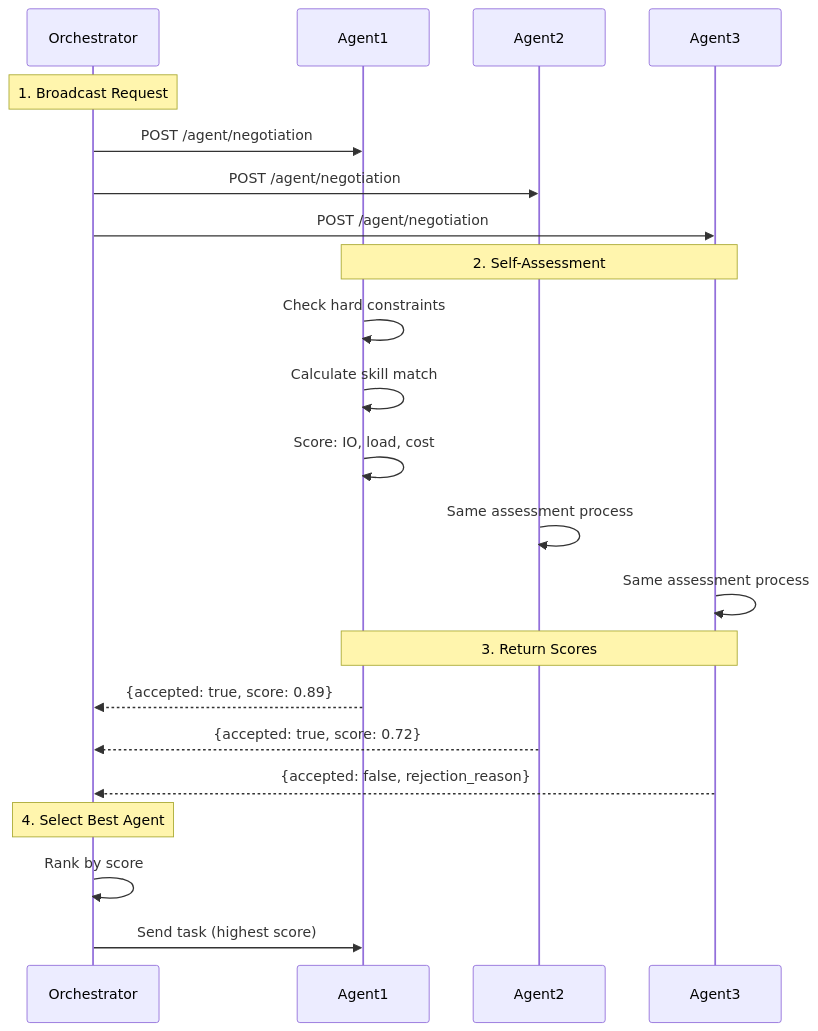
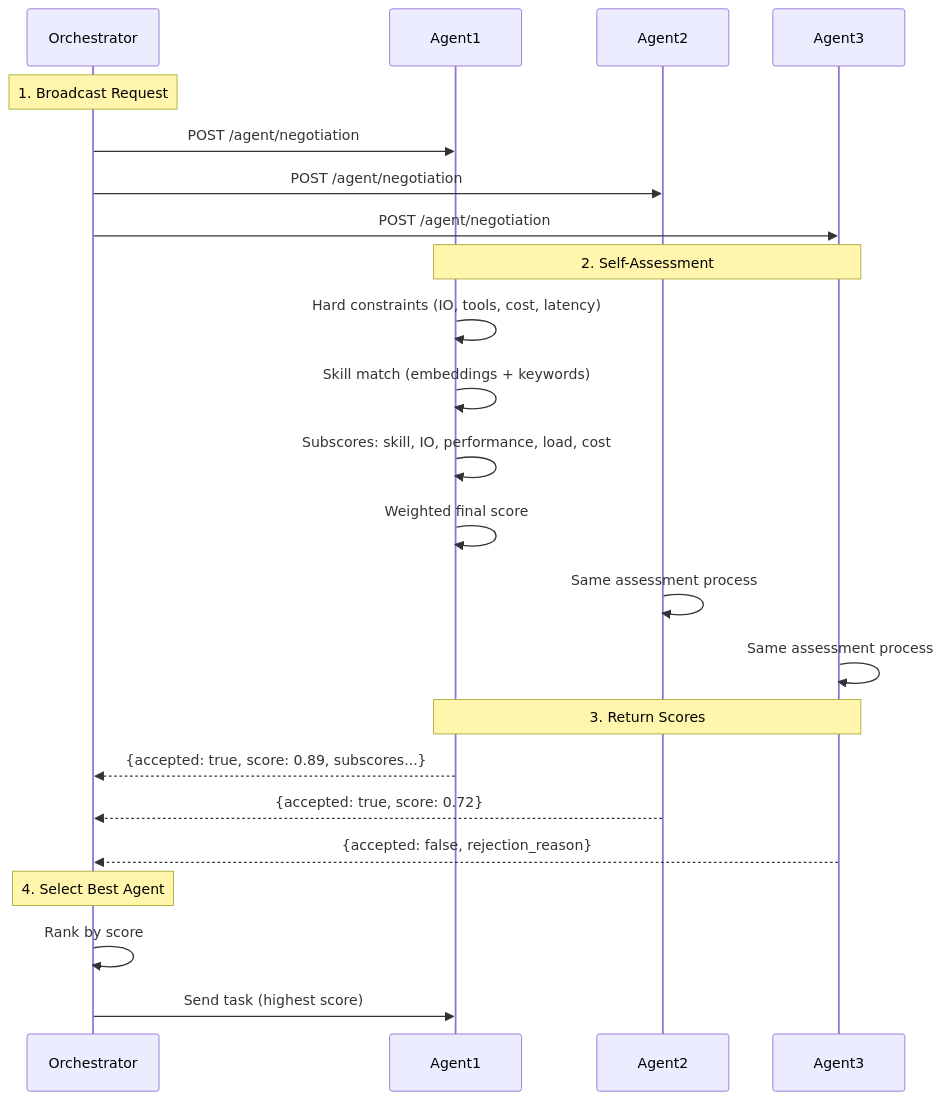
One commit to raahulrahl/docs changed the first of 2 diagrams in bindu/learn/negotiation/overview.mdx. Above: the diagram before and after it, drawn with Mermaid. The commit also changed other lines of this file and 9 other files, not shown here.

````diff
--- a/bindu/learn/negotiation/overview.mdx
+++ b/bindu/learn/negotiation/overview.mdx
@@ -47,28 +53,29 @@
 ```mermaid
 sequenceDiagram
     participant Orchestrator
     participant Agent1
     participant Agent2
     participant Agent3
 
     Note over Orchestrator: 1. Broadcast Request
     Orchestrator->>Agent1: POST /agent/negotiation
     Orchestrator->>Agent2: POST /agent/negotiation
     Orchestrator->>Agent3: POST /agent/negotiation
 
     Note over Agent1,Agent3: 2. Self-Assessment
-    Agent1->>Agent1: Check hard constraints
-    Agent1->>Agent1: Calculate skill match
-    Agent1->>Agent1: Score: IO, load, cost
+    Agent1->>Agent1: Hard constraints (IO, tools, cost, latency)
+    Agent1->>Agent1: Skill match (embeddings + keywords)
+    Agent1->>Agent1: Subscores: skill, IO, performance, load, cost
+    Agent1->>Agent1: Weighted final score
     Agent2->>Agent2: Same assessment process
     Agent3->>Agent3: Same assessment process
 
     Note over Agent1,Agent3: 3. Return Scores
-    Agent1-->>Orchestrator: {accepted: true, score: 0.89}
+    Agent1-->>Orchestrator: {accepted: true, score: 0.89, subscores...}
     Agent2-->>Orchestrator: {accepted: true, score: 0.72}
     Agent3-->>Orchestrator: {accepted: false, rejection_reason}
 
     Note over Orchestrator: 4. Select Best Agent
     Orchestrator->>Orchestrator: Rank by score
     Orchestrator->>Agent1: Send task (highest score)
 ```
````
